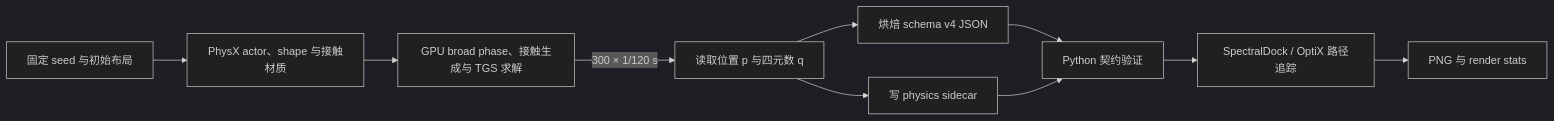
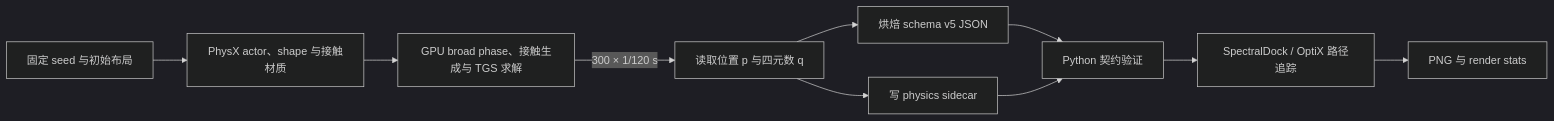
One commit to goooxu/SpectralDock changed the diagram in docs/technical-report/10-physx-rigid-body-scene-baking.md. Above: the diagram before and after it, drawn with Mermaid (dark theme). The commit also changed other lines of this file and 74 other files, not shown here.

```diff
--- a/docs/technical-report/10-physx-rigid-body-scene-baking.md
+++ b/docs/technical-report/10-physx-rigid-body-scene-baking.md
@@ -18,12 +18,12 @@
 ~~~mermaid
 flowchart LR
     A["固定 seed 与初始布局"] --> B["PhysX actor、shape 与接触材质"]
     B --> C["GPU broad phase、接触生成与 TGS 求解"]
     C -->|"300 × 1/120 s"| D["读取位置 p 与四元数 q"]
-    D --> E["烘焙 schema v4 JSON"]
+    D --> E["烘焙 schema v5 JSON"]
     D --> F["写 physics sidecar"]
     E --> G["Python 契约验证"]
     F --> G
     G --> H["SpectralDock / OptiX 路径追踪"]
     H --> I["PNG 与 render stats"]
 ~~~
```
